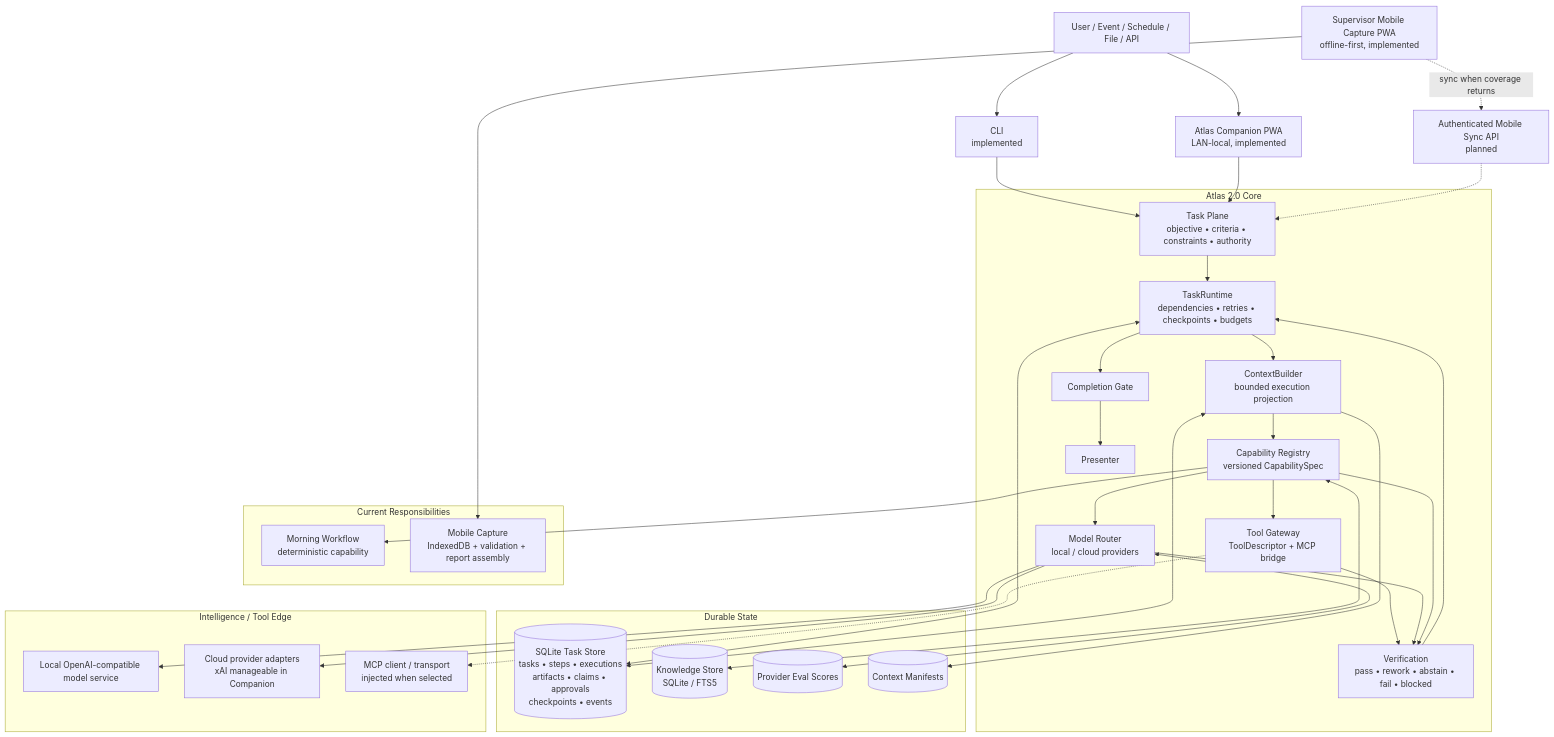
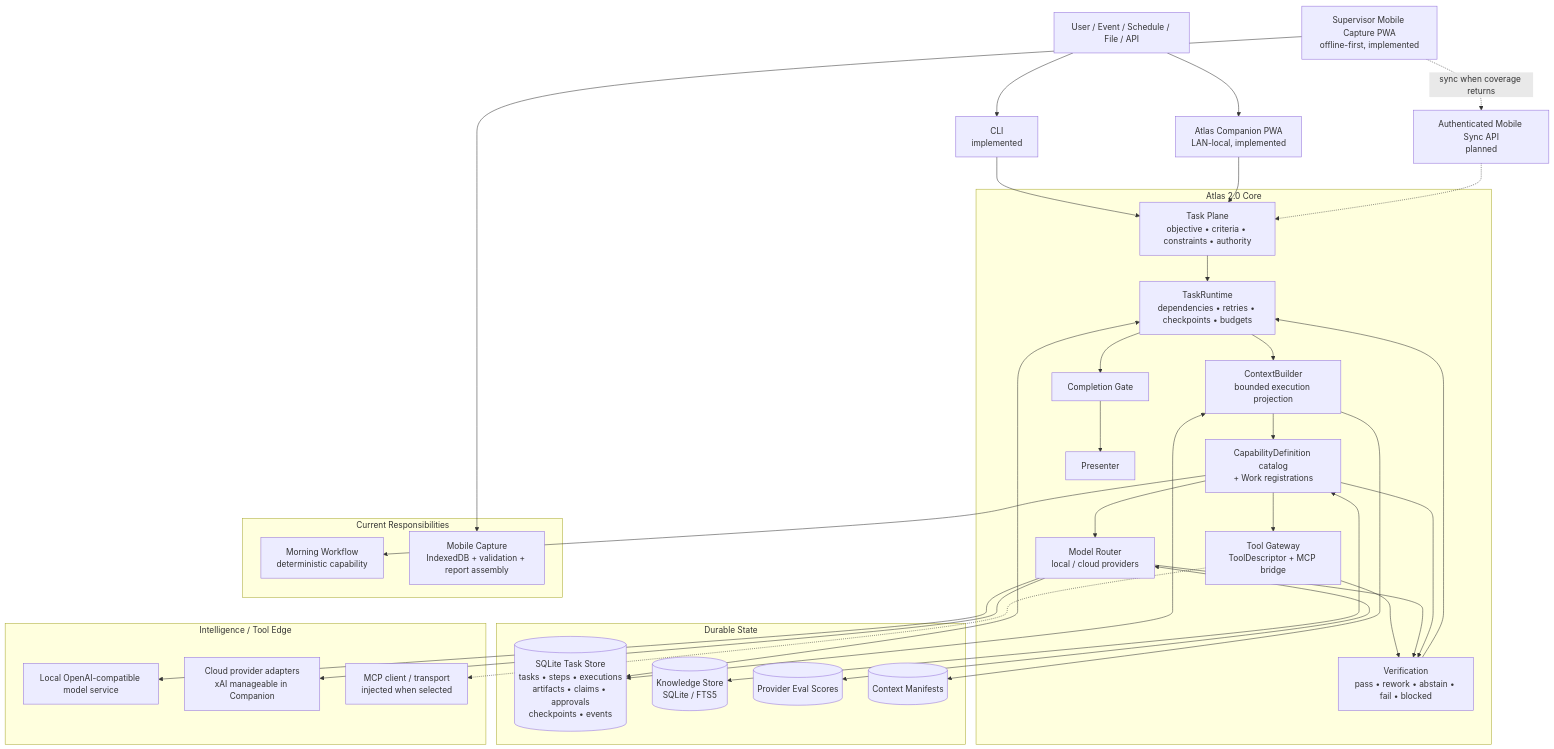
Before and after one commit to Keeladin/atlas-agent: the first of 6 diagrams in README.md, drawn with Mermaid. The commit also changed other lines of this file and 57 other files, not shown here.

First line of the commit message:
Separate capability identity from Work execution.

````diff
--- a/README.md
+++ b/README.md
@@ -79,71 +79,71 @@
 ```mermaid
 flowchart TB
     U[User / Event / Schedule / File / API]
     CLI[CLI\nimplemented]
     MPWA[Supervisor Mobile Capture PWA\noffline-first, implemented]
     WEB[Atlas Companion PWA\nLAN-local, implemented]
     SYNC[Authenticated Mobile Sync API\nplanned]
 
     U --> CLI
     U --> WEB
     MPWA -. sync when coverage returns .-> SYNC
 
     CLI --> TP
     WEB --> TP
     SYNC -.-> TP
 
     subgraph CORE[Atlas 2.0 Core]
         TP[Task Plane\nobjective • criteria • constraints • authority]
         RT[TaskRuntime\ndependencies • retries • checkpoints • budgets]
         CB[ContextBuilder\nbounded execution projection]
-        CR[Capability Registry\nversioned CapabilitySpec]
+        CR[CapabilityDefinition catalog\n+ Work registrations]
         TG[Tool Gateway\nToolDescriptor + MCP bridge]
         MR[Model Router\nlocal / cloud providers]
         VR[Verification\npass • rework • abstain • fail • blocked]
         CV[Completion Gate]
         PR[Presenter]
 
         TP --> RT
         RT --> CB
         CB --> CR
         CR --> TG
         CR --> MR
         TG --> VR
         MR --> VR
         CR --> VR
         VR --> RT
         RT --> CV
         CV --> PR
     end
 
     subgraph STATE[Durable State]
         TS[(SQLite Task Store\ntasks • steps • executions\nartifacts • claims • approvals\ncheckpoints • events)]
         KM[(Knowledge Store\nSQLite / FTS5)]
         PS[(Provider Eval Scores)]
         CM[(Context Manifests)]
     end
 
     RT <--> TS
     CB <--> TS
     CB --> CM
     CR <--> KM
     MR <--> PS
 
     subgraph DOMAIN[Current Responsibilities]
         MW[Morning Workflow\ndeterministic capability]
         MOBILE[Mobile Capture\nIndexedDB + validation + report assembly]
     end
 
     CR --> MW
     MPWA --> MOBILE
 
     subgraph EDGE[Intelligence / Tool Edge]
         LOCAL[Local OpenAI-compatible model service]
         CLOUD[Cloud provider adapters\nxAI manageable in Companion]
         MCP[MCP client / transport\ninjected when selected]
     end
 
     MR --> LOCAL
     MR --> CLOUD
     TG -.-> MCP
 ```
````
